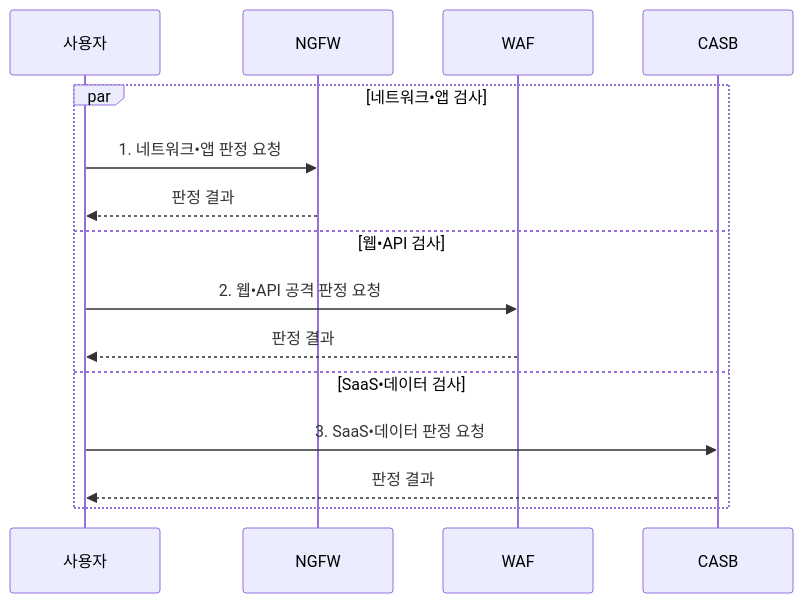
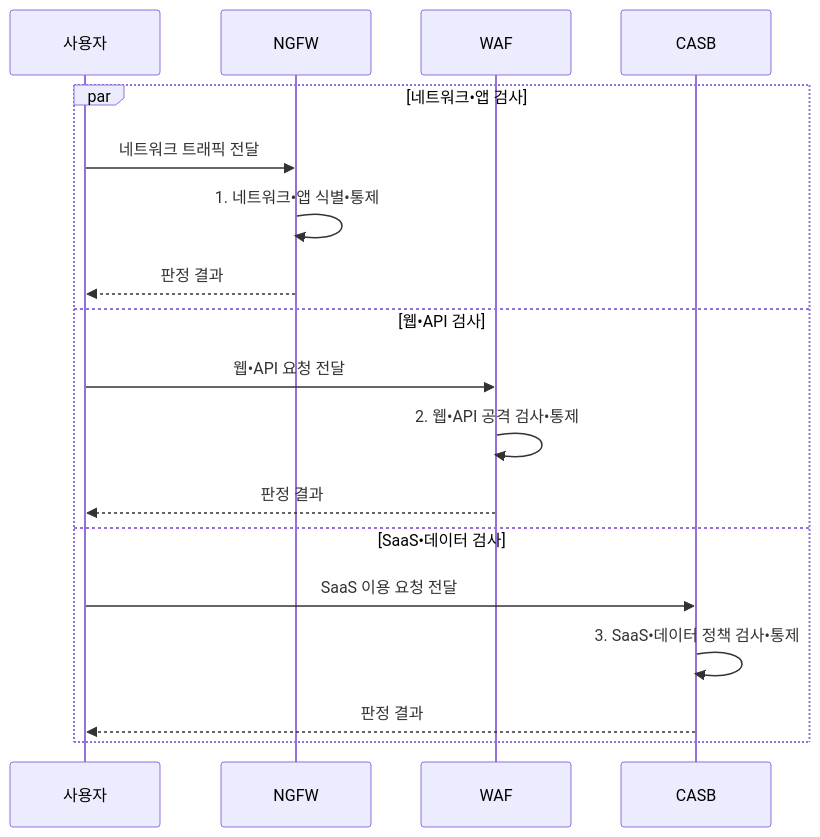
The second of 2 diagrams in src/content/docs/notes/05-security/022_ngfw_waf_casb_comparison.md (agnusdei1207/knowledge-base), drawn with Mermaid before and after one commit. The commit also changed other lines of this file and 13 other files, not shown here.

````diff
--- a/src/content/docs/notes/05-security/022_ngfw_waf_casb_comparison.md
+++ b/src/content/docs/notes/05-security/022_ngfw_waf_casb_comparison.md
@@ -105,17 +105,20 @@
 ```mermaid
 sequenceDiagram
     participant U as 사용자
     participant N as NGFW
     participant W as WAF
     participant C as CASB
     par 네트워크•앱 검사
-        U->>N: 1. 네트워크•앱 판정 요청
+        U->>N: 네트워크 트래픽 전달
+        N->>N: 1. 네트워크•앱 식별•통제
         N-->>U: 판정 결과
     and 웹•API 검사
-        U->>W: 2. 웹•API 공격 판정 요청
+        U->>W: 웹•API 요청 전달
+        W->>W: 2. 웹•API 공격 검사•통제
         W-->>U: 판정 결과
     and SaaS•데이터 검사
-        U->>C: 3. SaaS•데이터 판정 요청
+        U->>C: SaaS 이용 요청 전달
+        C->>C: 3. SaaS•데이터 정책 검사•통제
         C-->>U: 판정 결과
     end
 ```
````
